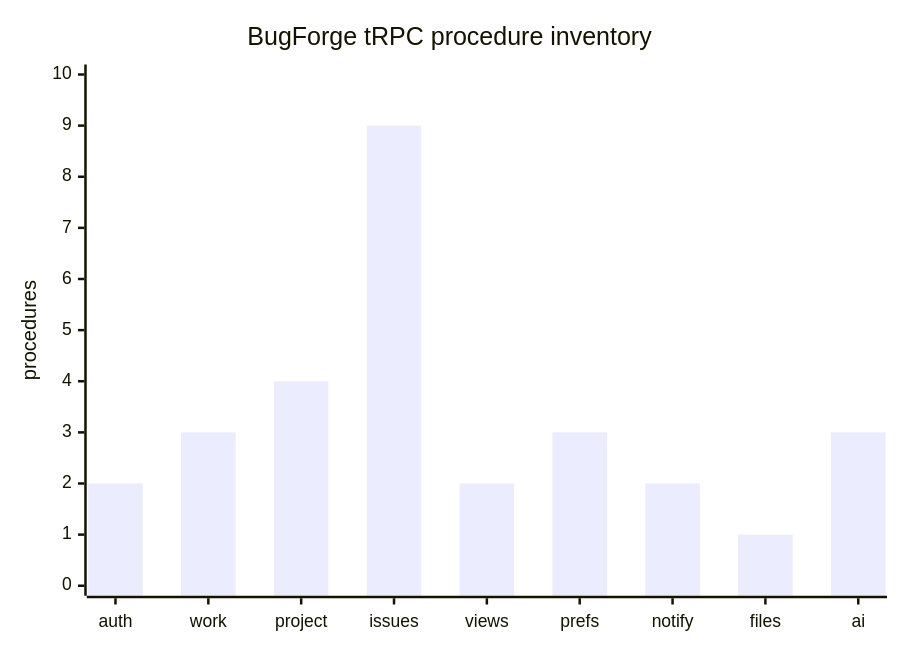
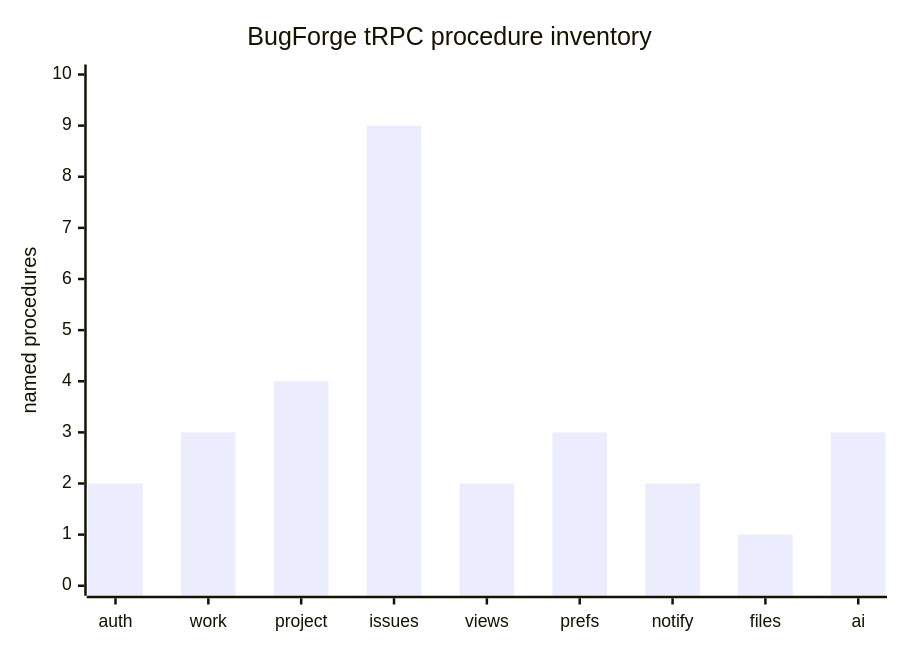
The tenth of 10 diagrams in docs/visuals.md (Simondavid07/bugforge), drawn with Mermaid before and after one commit. The commit also changed other lines of this file and 2 other files, not shown here.

Commit message:
docs: expand system documentation graph

````diff
--- a/docs/visuals.md
+++ b/docs/visuals.md
@@ -79,7 +355,7 @@
 ```mermaid
 xychart-beta
   title "BugForge tRPC procedure inventory"
   x-axis ["auth", "work", "project", "issues", "views", "prefs", "notify", "files", "ai"]
-  y-axis "procedures" 0 --> 10
+  y-axis "named procedures" 0 --> 10
   bar [2, 3, 4, 9, 2, 3, 2, 1, 3]
 ```
````
